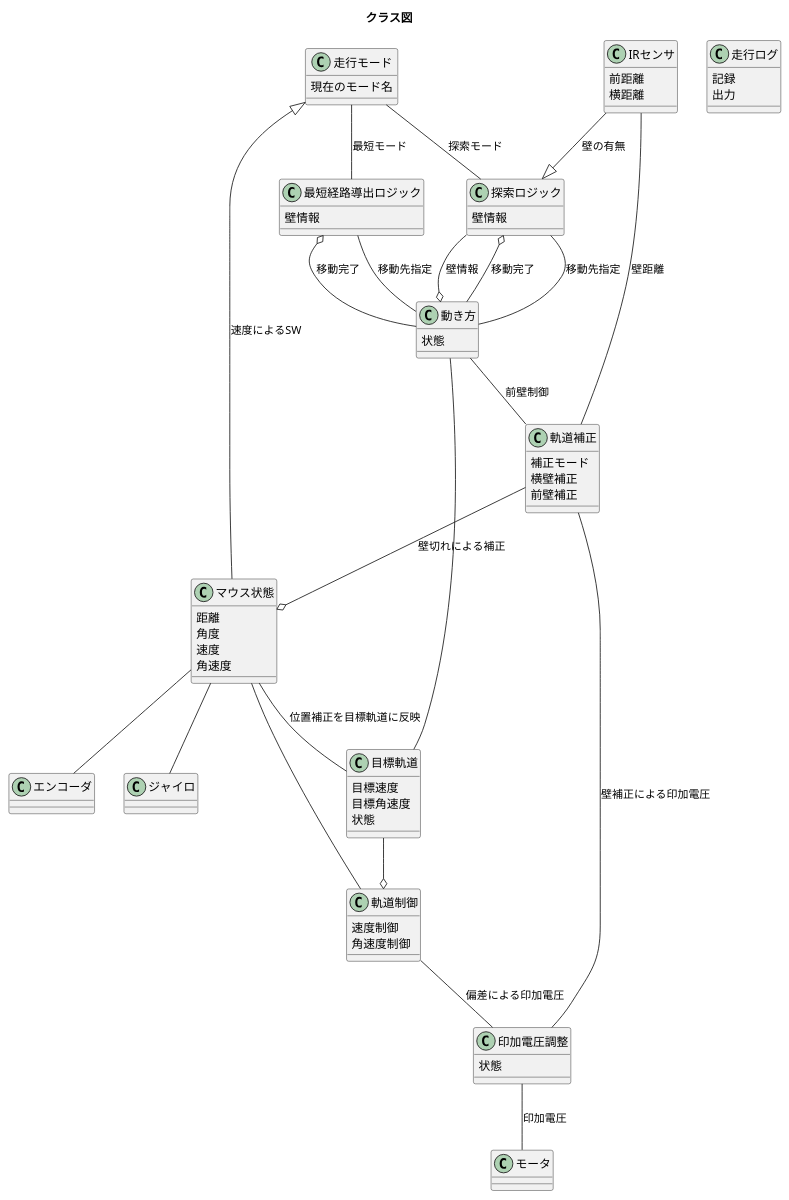
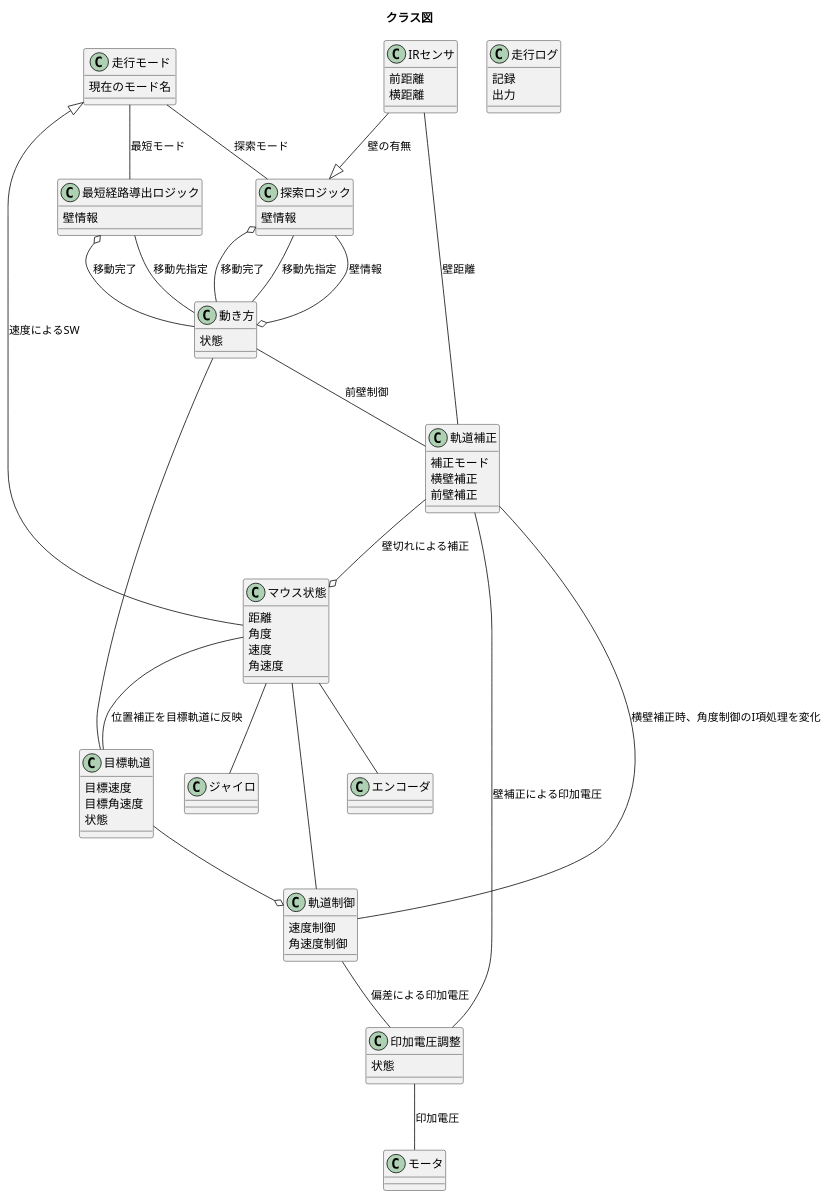
Before and after one commit to okada-y/micromouse: the diagram in uml/class.pu, drawn with PlantUML.

Commit message:
横壁制御を考慮し、軌道補正と軌道制御に関連付けを追加

```diff
--- a/uml/class.pu
+++ b/uml/class.pu
@@ -1,98 +1,100 @@
 @startuml
 title クラス図
 
 class 走行モード
 走行モード : 現在のモード名
 
 Class 目標軌道
 目標軌道 : 目標速度
 目標軌道 : 目標角速度 
 目標軌道 : 状態
 
 class エンコーダ
 
 class ジャイロ
 
 
 class マウス状態
 マウス状態 : 距離
 マウス状態 : 角度
 マウス状態 : 速度
 マウス状態 : 角速度
 
 
 class 動き方
 動き方 : 状態
 
 class 印加電圧調整
 印加電圧調整 : 状態
 
 class 軌道補正
 軌道補正 : 補正モード
 軌道補正 : 横壁補正
 軌道補正 : 前壁補正
 
 class IRセンサ
 IRセンサ : 前距離
 IRセンサ : 横距離
 
 class 探索ロジック
 探索ロジック : 壁情報
 
 class 最短経路導出ロジック
 最短経路導出ロジック : 壁情報
 
 class 軌道制御
 軌道制御 : 速度制御
 軌道制御 : 角速度制御
 
 class モータ
 
 
 class 走行ログ
 走行ログ : 記録
 走行ログ : 出力
 
 
 走行モード <|-- マウス状態 : 速度によるSW
 
 走行モード -- 探索ロジック : 探索モード
 
 走行モード -- 最短経路導出ロジック : 最短モード
 
 最短経路導出ロジック -- 動き方 : 移動先指定
 最短経路導出ロジック o-- 動き方 : 移動完了
 
 探索ロジック -- 動き方 : 移動先指定
 探索ロジック --o 動き方 : 壁情報
 探索ロジック o-- 動き方 : 移動完了
 
 動き方 -- 目標軌道 
 
 動き方 -- 軌道補正 : 前壁制御
 
 目標軌道 --o 軌道制御
 
 軌道制御 -- 印加電圧調整 : 偏差による印加電圧
 
 軌道補正 -- 印加電圧調整 : 壁補正による印加電圧
 
+軌道補正 -- 軌道制御 : 横壁補正時、角度制御のI項処理を変化
+
 印加電圧調整 -- モータ : 印加電圧
 
 IRセンサ -- 軌道補正 : 壁距離
 
 マウス状態 -- 軌道制御
 
 IRセンサ --|> 探索ロジック : 壁の有無
 
 マウス状態 -- エンコーダ
 
 マウス状態 -- ジャイロ
 
 軌道補正 --o マウス状態 : 壁切れによる補正
 
 マウス状態 -- 目標軌道 : 位置補正を目標軌道に反映
 
 
 
 @enduml
```
